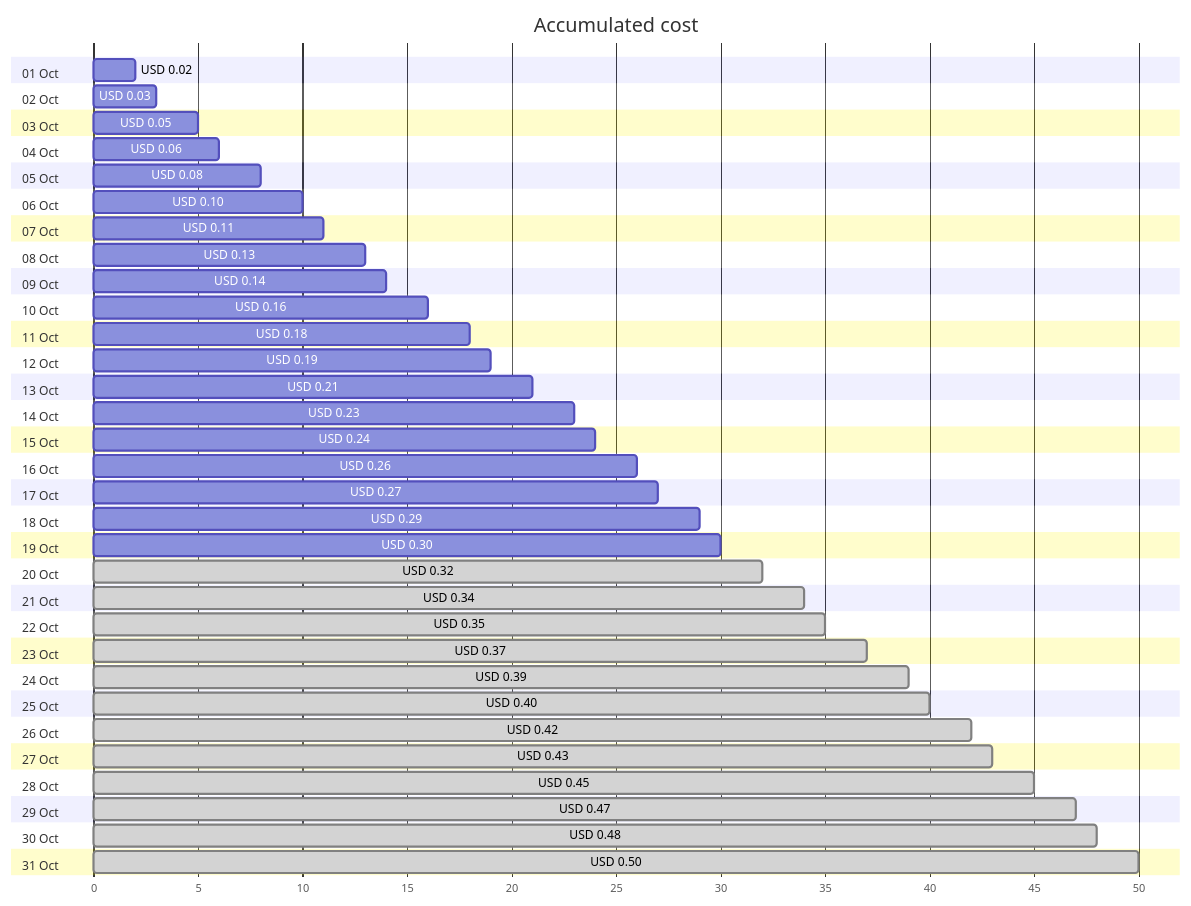
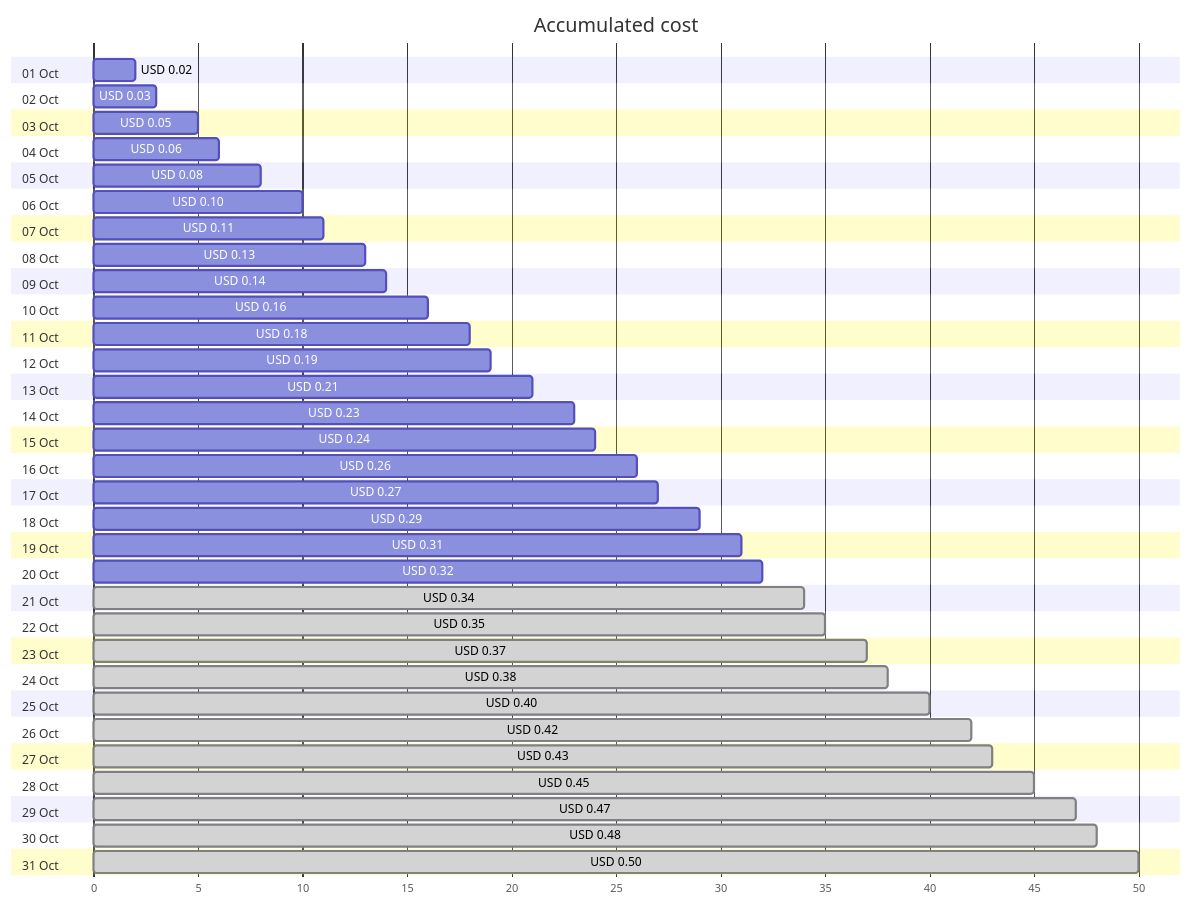
Before and after one commit to jpfulton/azure-personal-reports: the first of 4 diagrams in cost-reports/personal-network/private.jpatrickfulton.com.md, drawn with Mermaid. The commit also changed other lines of this file and 8 other files, not shown here.

````diff
--- a/cost-reports/personal-network/private.jpatrickfulton.com.md
+++ b/cost-reports/personal-network/private.jpatrickfulton.com.md
@@ -20,68 +20,68 @@
 ```mermaid
 gantt
    title Accumulated cost
    dateFormat  X
    axisFormat %s
    section 01 Oct
    USD 0.02 :0, 2
    section 02 Oct
    USD 0.03 :0, 3
    section 03 Oct
    USD 0.05 :0, 5
    section 04 Oct
    USD 0.06 :0, 6
    section 05 Oct
    USD 0.08 :0, 8
    section 06 Oct
    USD 0.10 :0, 10
    section 07 Oct
    USD 0.11 :0, 11
    section 08 Oct
    USD 0.13 :0, 13
    section 09 Oct
    USD 0.14 :0, 14
    section 10 Oct
    USD 0.16 :0, 16
    section 11 Oct
    USD 0.18 :0, 18
    section 12 Oct
    USD 0.19 :0, 19
    section 13 Oct
    USD 0.21 :0, 21
    section 14 Oct
    USD 0.23 :0, 23
    section 15 Oct
    USD 0.24 :0, 24
    section 16 Oct
    USD 0.26 :0, 26
    section 17 Oct
    USD 0.27 :0, 27
    section 18 Oct
    USD 0.29 :0, 29
    section 19 Oct
-   USD 0.30 :0, 30
+   USD 0.31 :0, 31
    section 20 Oct
-   USD 0.32 : done, 0, 32
+   USD 0.32 :0, 32
    section 21 Oct
    USD 0.34 : done, 0, 34
    section 22 Oct
    USD 0.35 : done, 0, 35
    section 23 Oct
    USD 0.37 : done, 0, 37
    section 24 Oct
-   USD 0.39 : done, 0, 39
+   USD 0.38 : done, 0, 38
    section 25 Oct
    USD 0.40 : done, 0, 40
    section 26 Oct
    USD 0.42 : done, 0, 42
    section 27 Oct
    USD 0.43 : done, 0, 43
    section 28 Oct
    USD 0.45 : done, 0, 45
    section 29 Oct
    USD 0.47 : done, 0, 47
    section 30 Oct
    USD 0.48 : done, 0, 48
    section 31 Oct
    USD 0.50 : done, 0, 50
 ```
````
